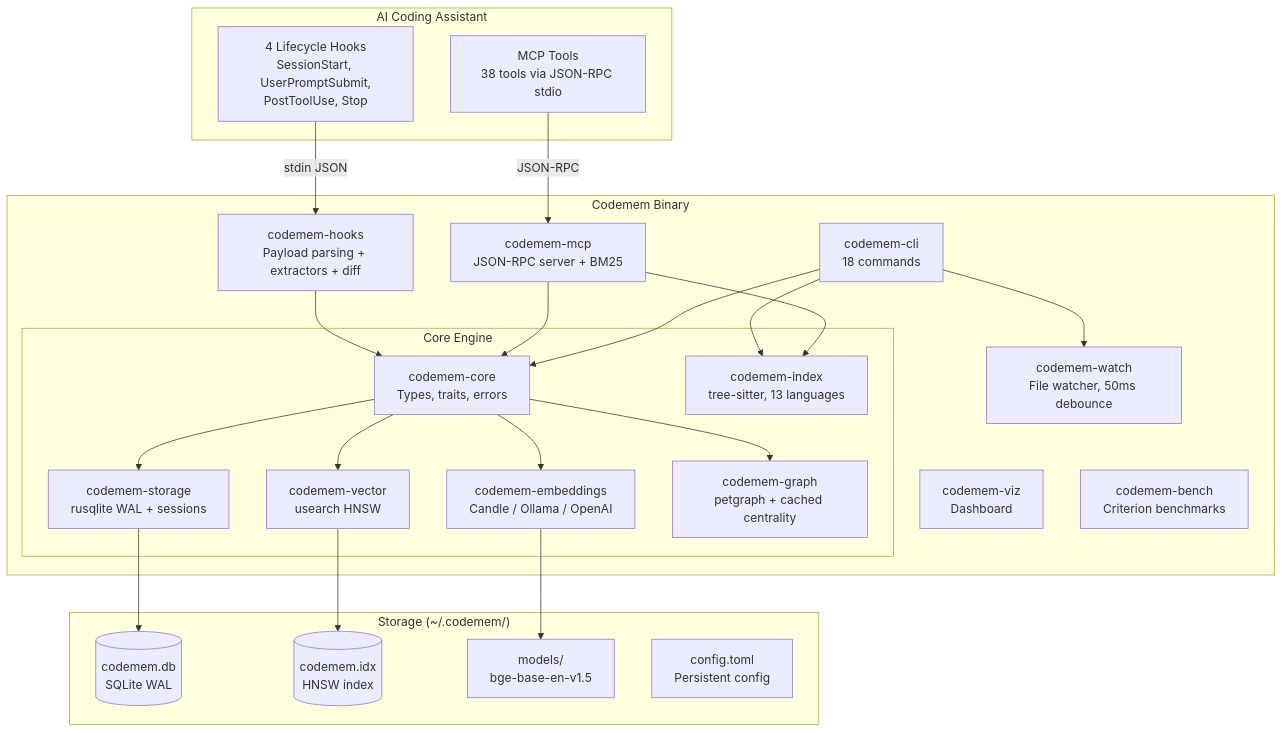
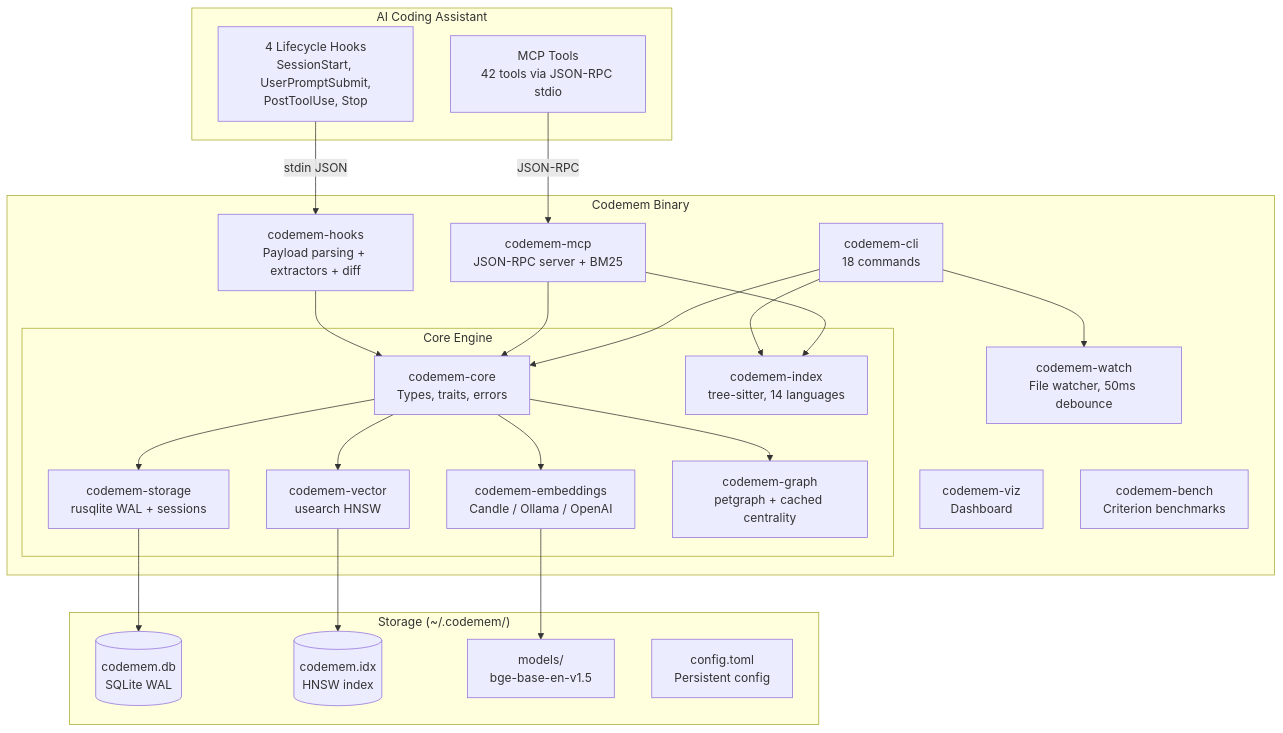
One commit to cogniplex/codemem changed the first of 8 diagrams in docs/architecture.md. Above: the diagram before and after it, drawn with Mermaid. The commit also changed other lines of this file and 13 other files, not shown here.

````diff
--- a/docs/architecture.md
+++ b/docs/architecture.md
@@ -19,49 +19,49 @@
 ```mermaid
 graph TB
     subgraph "AI Coding Assistant"
         H[4 Lifecycle Hooks<br/>SessionStart, UserPromptSubmit,<br/>PostToolUse, Stop]
-        M[MCP Tools<br/>38 tools via JSON-RPC stdio]
+        M[MCP Tools<br/>42 tools via JSON-RPC stdio]
     end
 
     subgraph "Codemem Binary"
         CLI[codemem-cli<br/>18 commands]
         HOOKS[codemem-hooks<br/>Payload parsing + extractors + diff]
         MCP[codemem-mcp<br/>JSON-RPC server + BM25]
         WATCH[codemem-watch<br/>File watcher, 50ms debounce]
 
         subgraph "Core Engine"
             CORE[codemem-core<br/>Types, traits, errors]
             EMB[codemem-embeddings<br/>Candle / Ollama / OpenAI]
             VEC[codemem-vector<br/>usearch HNSW]
             STORE[codemem-storage<br/>rusqlite WAL + sessions]
             GRAPH[codemem-graph<br/>petgraph + cached centrality]
-            IDX[codemem-index<br/>tree-sitter, 13 languages]
+            IDX[codemem-index<br/>tree-sitter, 14 languages]
         end
 
         VIZ[codemem-viz<br/>Dashboard]
         BENCH[codemem-bench<br/>Criterion benchmarks]
     end
 
     subgraph "Storage (~/.codemem/)"
         DB[(codemem.db<br/>SQLite WAL)]
         HNSW[(codemem.idx<br/>HNSW index)]
         MODEL[models/<br/>bge-base-en-v1.5]
         CONF[config.toml<br/>Persistent config]
     end
 
     H -->|stdin JSON| HOOKS
     M -->|JSON-RPC| MCP
     HOOKS --> CORE
     MCP --> CORE
     CLI --> CORE
     CLI --> WATCH
     CORE --> EMB
     CORE --> VEC
     CORE --> STORE
     CORE --> GRAPH
     CLI --> IDX
     MCP --> IDX
     STORE --> DB
     VEC --> HNSW
     EMB --> MODEL
 ```
````
